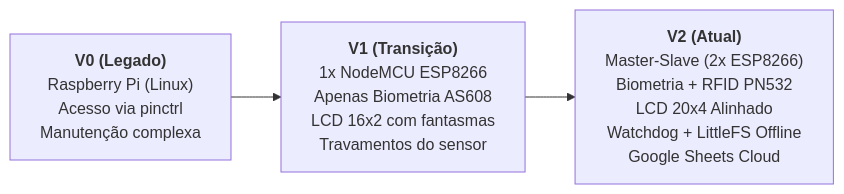
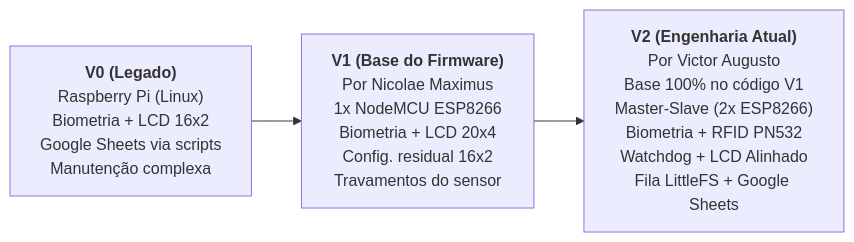
The first of 2 diagrams in README.md (victor-silverio/ponto-digital-maker), drawn with Mermaid before and after one commit. The commit also changed other lines of this file and 1 other file, not shown here.

Commit message:
docs: atribui créditos a Nicolae Maximus (V1) e detalha histórico técnico do LCD e nuvem

````diff
--- a/README.md
+++ b/README.md
@@ -39,6 +42,6 @@
 ```mermaid
 flowchart LR
-    V0["<b>V0 (Legado)</b><br>Raspberry Pi (Linux)<br>Acesso via pinctrl<br>Manutenção complexa"]
-    --> V1["<b>V1 (Transição)</b><br>1x NodeMCU ESP8266<br>Apenas Biometria AS608<br>LCD 16x2 com fantasmas<br>Travamentos do sensor"]
-    --> V2["<b>V2 (Atual)</b><br>Master-Slave (2x ESP8266)<br>Biometria + RFID PN532<br>LCD 20x4 Alinhado<br>Watchdog + LittleFS Offline<br>Google Sheets Cloud"]
+    V0["<b>V0 (Legado)</b><br>Raspberry Pi (Linux)<br>Biometria + LCD 16x2<br>Google Sheets via scripts<br>Manutenção complexa"]
+    --> V1["<b>V1 (Base do Firmware)</b><br>Por Nicolae Maximus<br>1x NodeMCU ESP8266<br>Biometria + LCD 20x4<br>Config. residual 16x2<br>Travamentos do sensor"]
+    --> V2["<b>V2 (Engenharia Atual)</b><br>Por Victor Augusto<br>Base 100% no código V1<br>Master-Slave (2x ESP8266)<br>Biometria + RFID PN532<br>Watchdog + LCD Alinhado<br>Fila LittleFS + Google Sheets"]
 ```
````
